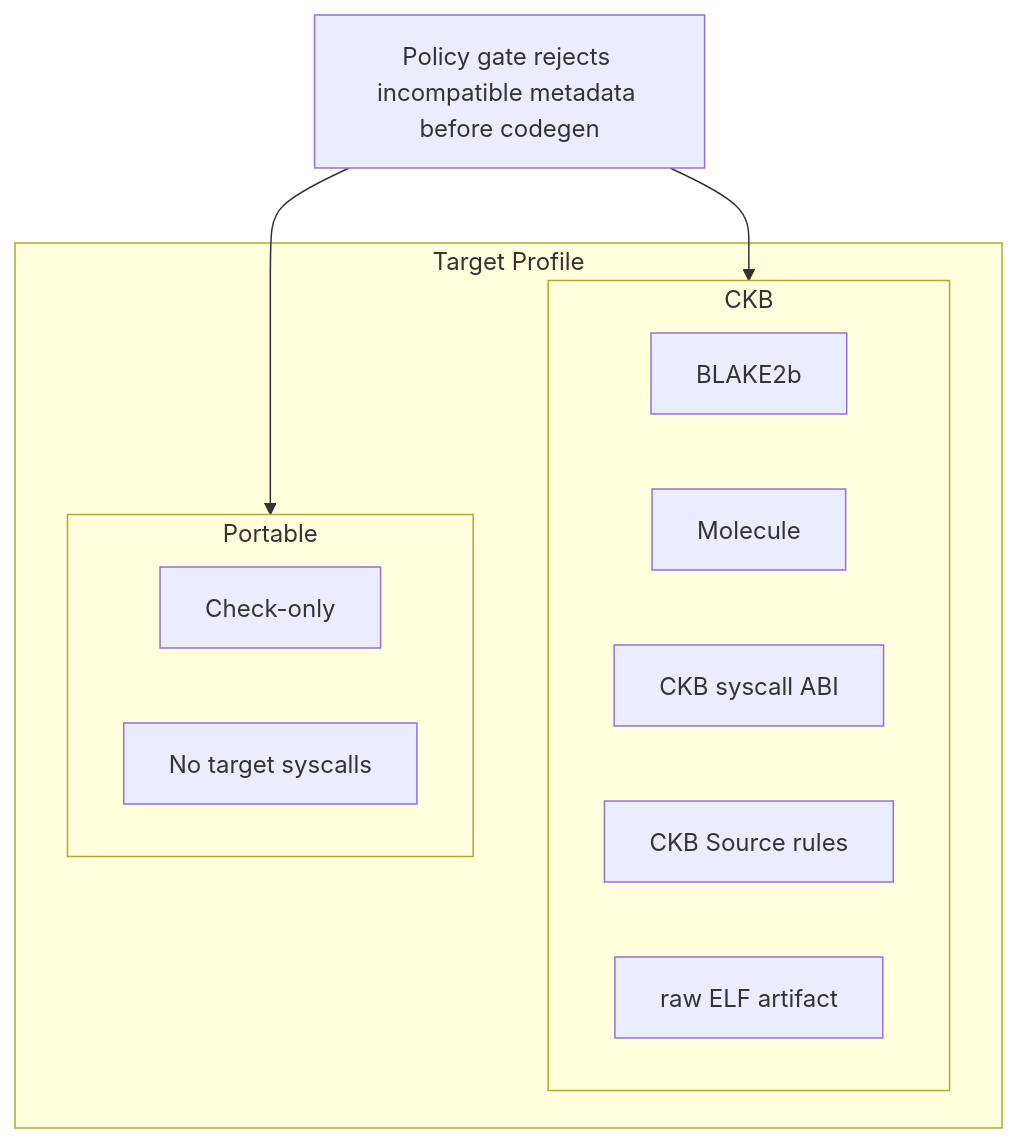
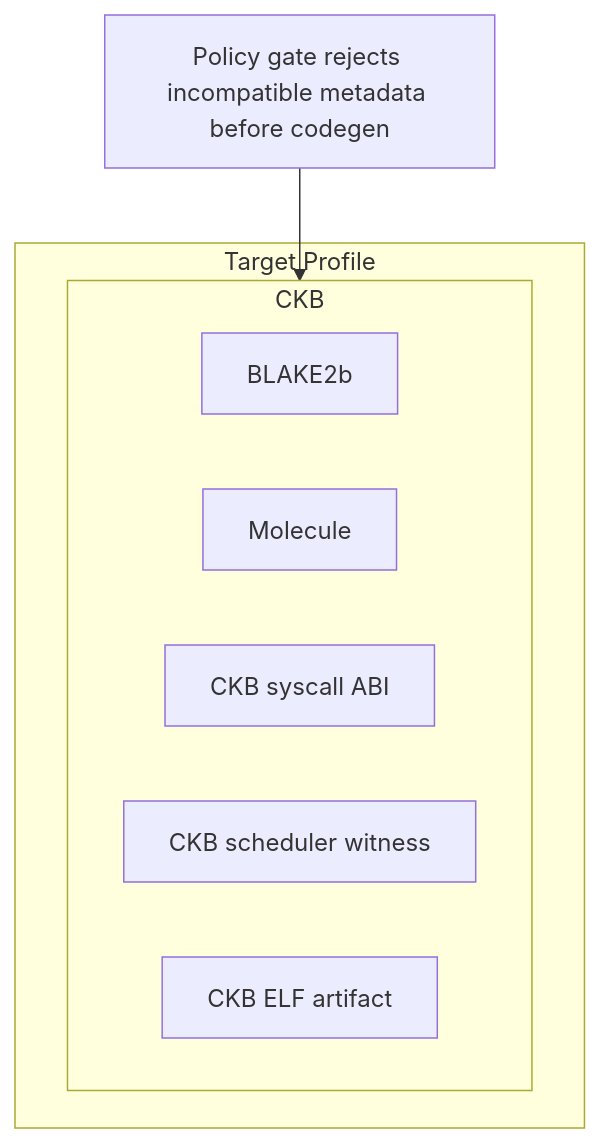
One commit to tsukifune-kosei/CellScript changed the second of 2 diagrams in README.md. Above: the diagram before and after it, drawn with Mermaid. The commit also changed other lines of this file and 71 other files, not shown here.

````diff
--- a/README.md
+++ b/README.md
@@ -435,18 +438,13 @@
 ```mermaid
 graph TB
     subgraph "Target Profile"
         subgraph CKB
             C1[BLAKE2b]
             C2[Molecule]
             C3[CKB syscall ABI]
-            C4["CKB Source rules"]
-            C5["raw ELF artifact"]
-        end
-        subgraph Portable
-            P1[Check-only]
-            P2[No target syscalls]
+            C4[CKB scheduler witness]
+            C5[CKB ELF artifact]
         end
     end
-    Policy --> CKB
-    Policy["Policy gate rejects incompatible metadata before codegen"] --> Portable
+    Policy["Policy gate rejects incompatible metadata before codegen"] --> CKB
 ```
````
